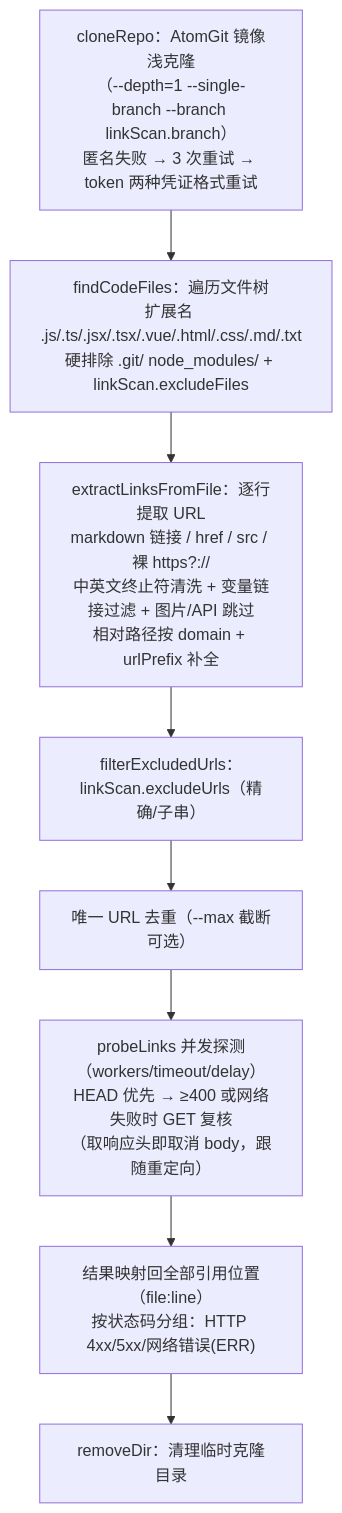
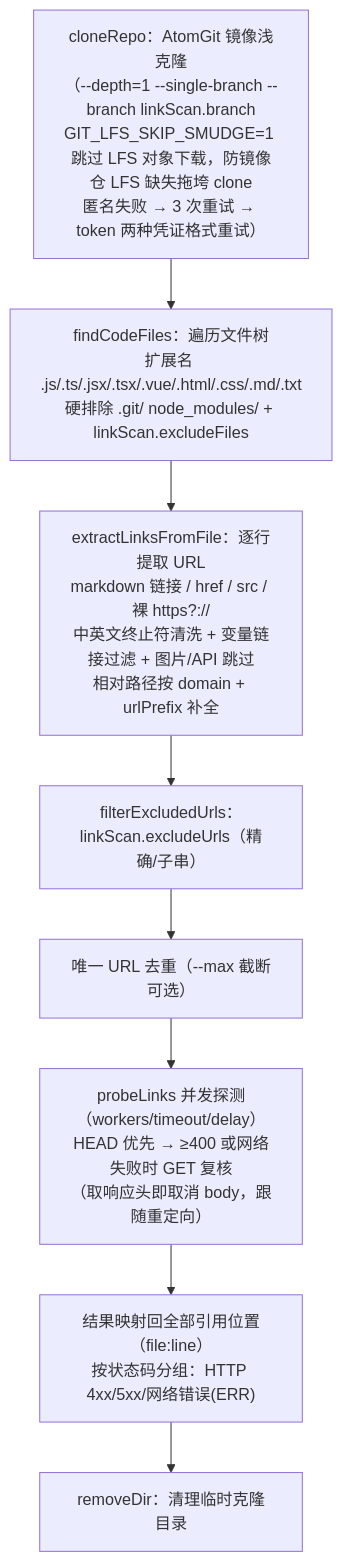
The second of 2 diagrams in measures/11-broken-link/工具与脚本.md (opensourceways/daily-check-workflow), drawn with Mermaid before and after one commit. The commit also changed other lines of this file and 3 other files, not shown here.

````diff
--- a/measures/11-broken-link/工具与脚本.md
+++ b/measures/11-broken-link/工具与脚本.md
@@ -102,10 +102,10 @@
 ```mermaid
 flowchart TD
-    CL["cloneRepo：AtomGit 镜像浅克隆<br/>（--depth=1 --single-branch --branch linkScan.branch）<br/>匿名失败 → 3 次重试 → token 两种凭证格式重试"] --> FILES["findCodeFiles：遍历文件树<br/>扩展名 .js/.ts/.jsx/.tsx/.vue/.html/.css/.md/.txt<br/>硬排除 .git/ node_modules/ + linkScan.excludeFiles"]
+    CL["cloneRepo：AtomGit 镜像浅克隆<br/>（--depth=1 --single-branch --branch linkScan.branch<br/>GIT_LFS_SKIP_SMUDGE=1 跳过 LFS 对象下载，防镜像仓 LFS 缺失拖垮 clone<br/>匿名失败 → 3 次重试 → token 两种凭证格式重试）"] --> FILES["findCodeFiles：遍历文件树<br/>扩展名 .js/.ts/.jsx/.tsx/.vue/.html/.css/.md/.txt<br/>硬排除 .git/ node_modules/ + linkScan.excludeFiles"]
     FILES --> EXT["extractLinksFromFile：逐行提取 URL<br/>markdown 链接 / href / src / 裸 https?://<br/>中英文终止符清洗 + 变量链接过滤 + 图片/API 跳过<br/>相对路径按 domain + urlPrefix 补全"]
     EXT --> FILT["filterExcludedUrls：linkScan.excludeUrls（精确/子串）"]
     FILT --> DEDUP["唯一 URL 去重（--max 截断可选）"]
     DEDUP --> PROBE["probeLinks 并发探测（workers/timeout/delay）<br/>HEAD 优先 → ≥400 或网络失败时 GET 复核<br/>（取响应头即取消 body，跟随重定向）"]
     PROBE --> MAP["结果映射回全部引用位置（file:line）<br/>按状态码分组：HTTP 4xx/5xx/网络错误(ERR)"]
     MAP --> RM["removeDir：清理临时克隆目录"]
 ```
````
